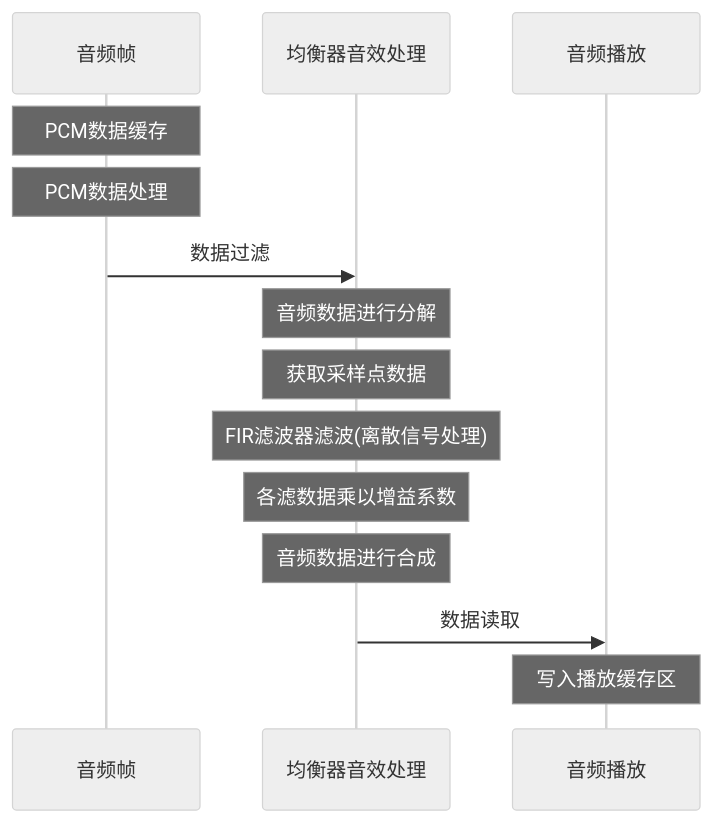
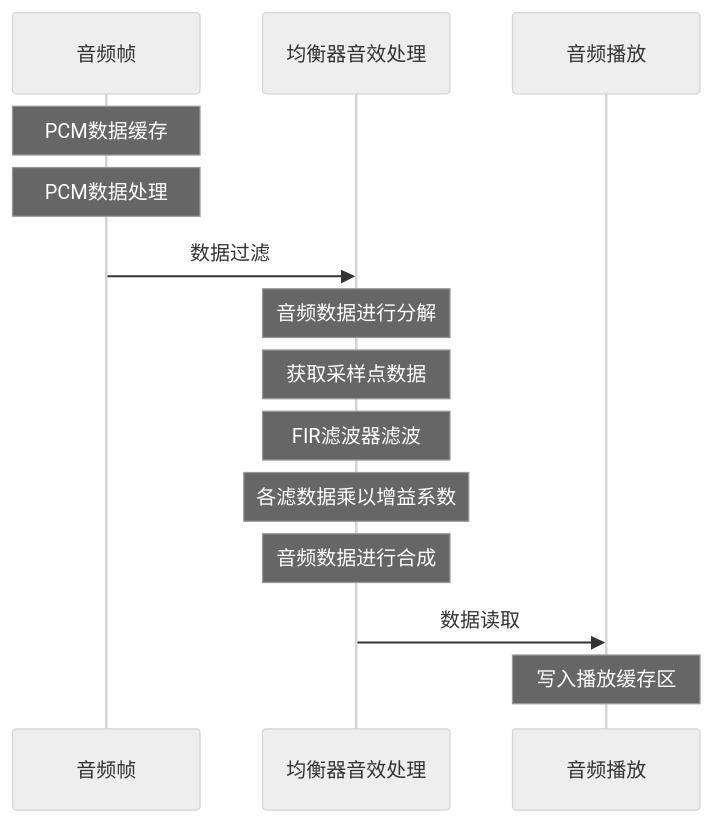
Before and after one commit to lusaProject/Parametric-equalizer: the second of 3 diagrams in README.md, drawn with Mermaid (neutral theme). The commit also changed other lines of this file, not shown here.

````diff
--- a/README.md
+++ b/README.md
@@ -63,14 +63,14 @@
 ```mermaid
 sequenceDiagram
 	Note over 音频帧 : PCM数据缓存
 	Note over 音频帧 : PCM数据处理
 	音频帧 ->> 均衡器音效处理 : 数据过滤
 	Note over 均衡器音效处理 : 音频数据进行分解
 	Note over 均衡器音效处理 : 获取采样点数据
-	Note over 均衡器音效处理 : FIR滤波器滤波(离散信号处理)
+	Note over 均衡器音效处理 : FIR滤波器滤波
 	Note over 均衡器音效处理 : 各滤数据乘以增益系数
 	Note over 均衡器音效处理 : 音频数据进行合成
 	均衡器音效处理 ->> 音频播放 : 数据读取
 	Note over 音频播放 : 写入播放缓存区
 
 ```
````
